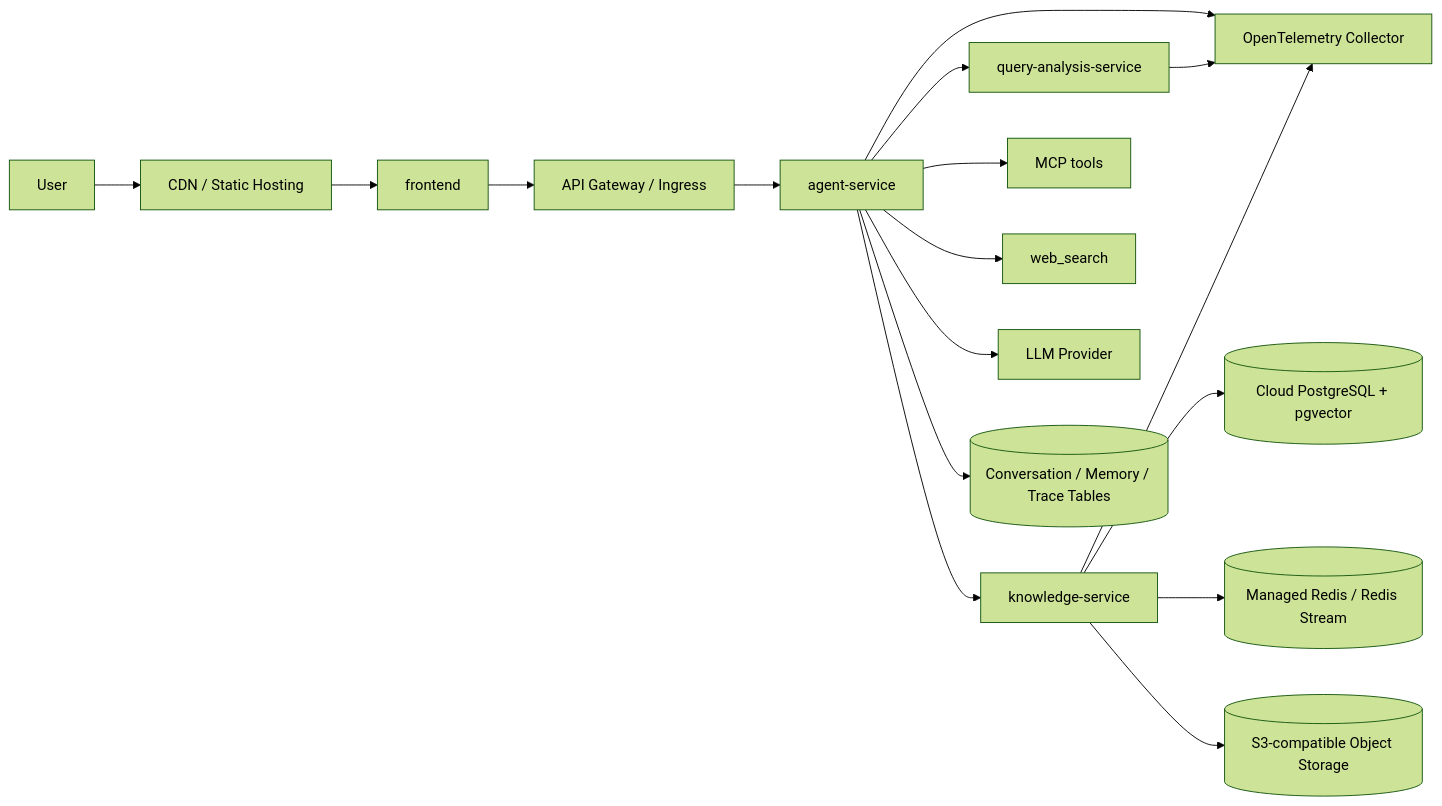
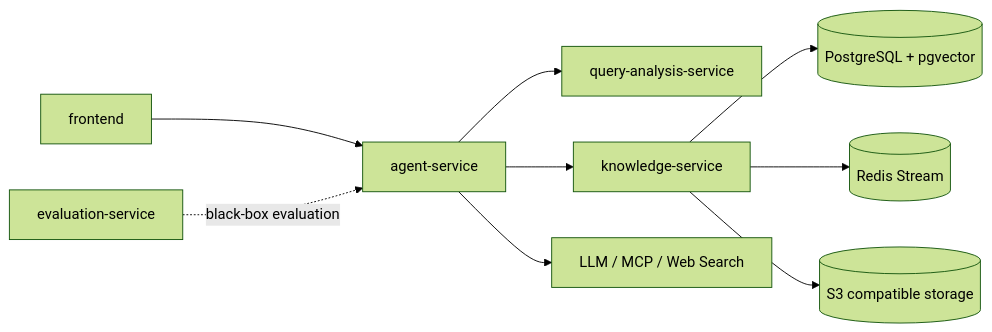
One commit to lahaqt/Rag changed the diagram in README.md. Above: the diagram before and after it, drawn with Mermaid (forest theme). The commit also changed other lines of this file and 23 other files, not shown here.

````diff
--- a/README.md
+++ b/README.md
@@ -23,19 +7,11 @@
 ```mermaid
 flowchart LR
-    U[User] --> CDN[CDN / Static Hosting]
-    CDN --> F[frontend]
-    F --> GW[API Gateway / Ingress]
-    GW --> A[agent-service]
-    A --> Q[query-analysis-service]
-    A --> K[knowledge-service]
-    A --> M[MCP tools]
-    A --> W[web_search]
-    A --> L[LLM Provider]
-    K --> P[(Cloud PostgreSQL + pgvector)]
-    K --> R[(Managed Redis / Redis Stream)]
-    K --> S[(S3-compatible Object Storage)]
-    A --> T[(Conversation / Memory / Trace Tables)]
-    A --> O[OpenTelemetry Collector]
-    Q --> O
-    K --> O
+    UI[frontend] --> Agent[agent-service]
+    Agent --> Query[query-analysis-service]
+    Agent --> Knowledge[knowledge-service]
+    Agent --> LLM[LLM / MCP / Web Search]
+    Knowledge --> Data[(PostgreSQL + pgvector)]
+    Knowledge --> Redis[(Redis Stream)]
+    Knowledge --> ObjectStore[(S3 compatible storage)]
+    Eval[evaluation-service] -. black-box evaluation .-> Agent
 ```
````
